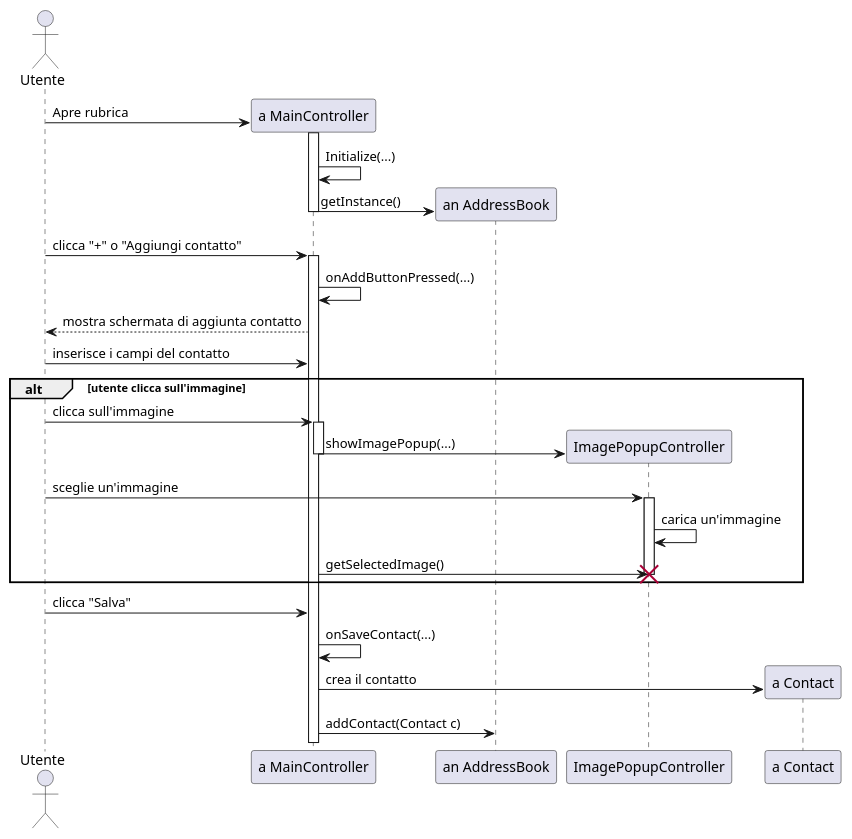
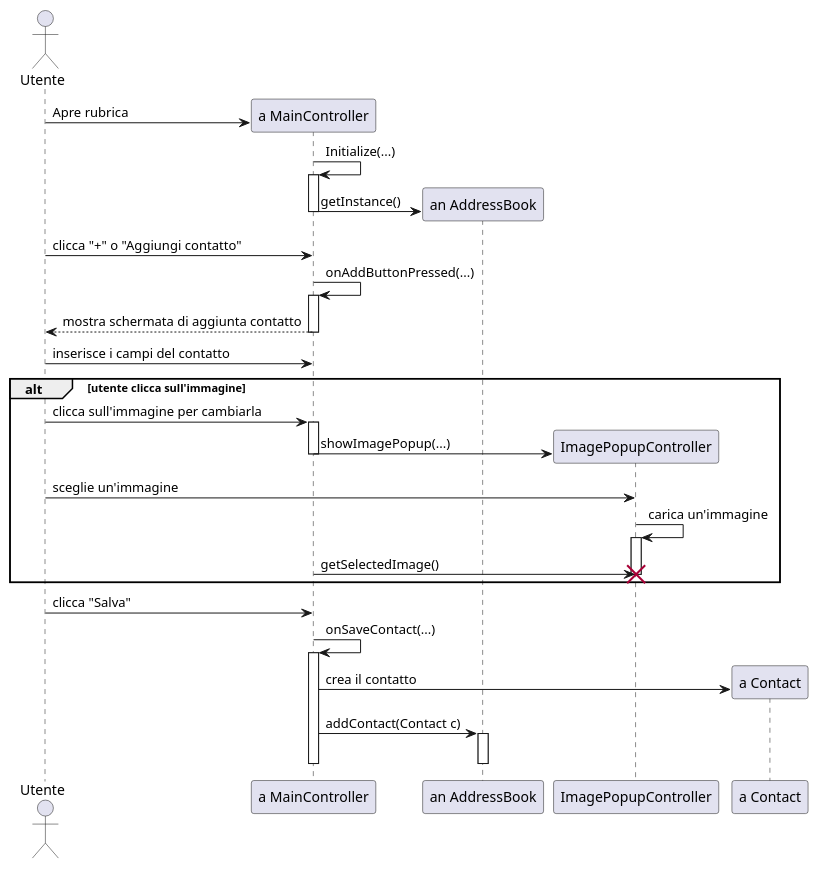
Before and after one commit to savaava/ProgettoRubrica: the diagram in documenti/diagrammi di sequenza/puml/diagrammaSequenzaC1AggiungereContatto.puml, drawn with PlantUML.

Commit message:
pudate diagramma seq C1

```diff
--- a/documenti/diagrammi di sequenza/puml/diagrammaSequenzaC1AggiungereContatto.puml
+++ b/documenti/diagrammi di sequenza/puml/diagrammaSequenzaC1AggiungereContatto.puml
@@ -1,38 +1,43 @@
 @startuml Aggiungere Contatto
 
 actor Utente as u  
 participant "a MainController" as mc 
 participant "an AddressBook" as ab 
 participant "ImagePopupController" as ipc
 participant "a Contact" as c
 
 u -> mc ** : Apre rubrica
+mc -> mc : Initialize(...)
 activate mc 
-mc -> mc : Initialize(...)
 mc -> ab ** : getInstance()
 deactivate mc
 
 u -> mc :  clicca "+" o "Aggiungi contatto"
+mc -> mc : onAddButtonPressed(...)
 activate mc 
-mc -> mc : onAddButtonPressed(...)
 mc --> u : mostra schermata di aggiunta contatto
+deactivate mc
 u -> mc : inserisce i campi del contatto
 
 alt utente clicca sull'immagine
-u -> mc : clicca sull'immagine
+u -> mc : clicca sull'immagine per cambiarla
 activate mc
 mc -> ipc ** : showImagePopup(...)
 deactivate mc
 u -> ipc : sceglie un'immagine
+ipc -> ipc : carica un'immagine
 activate ipc
-ipc -> ipc : carica un'immagine
 mc -> ipc : getSelectedImage()
 destroy ipc
 end
 
 u -> mc : clicca "Salva"
 mc -> mc : onSaveContact(...)
+activate mc 
 mc -> c ** : crea il contatto
 mc -> ab : addContact(Contact c)
+activate ab
+deactivate ab
+deactivate mc 
 
 @enduml
```
